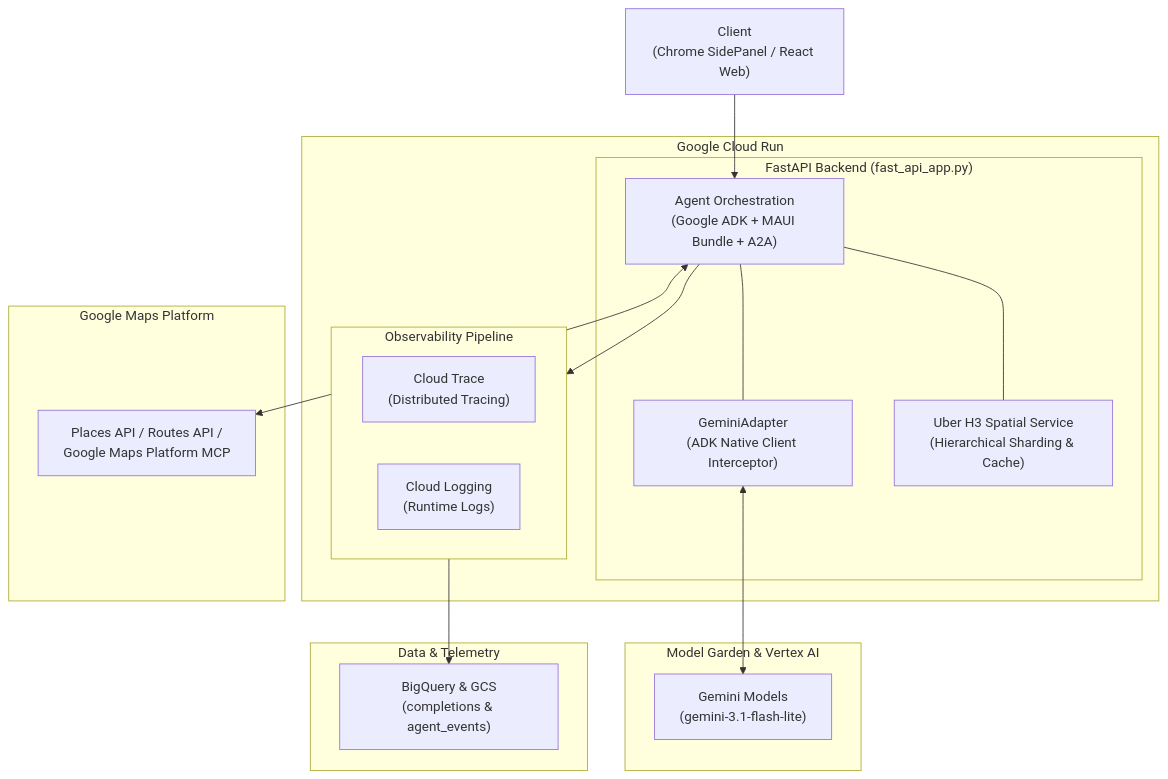
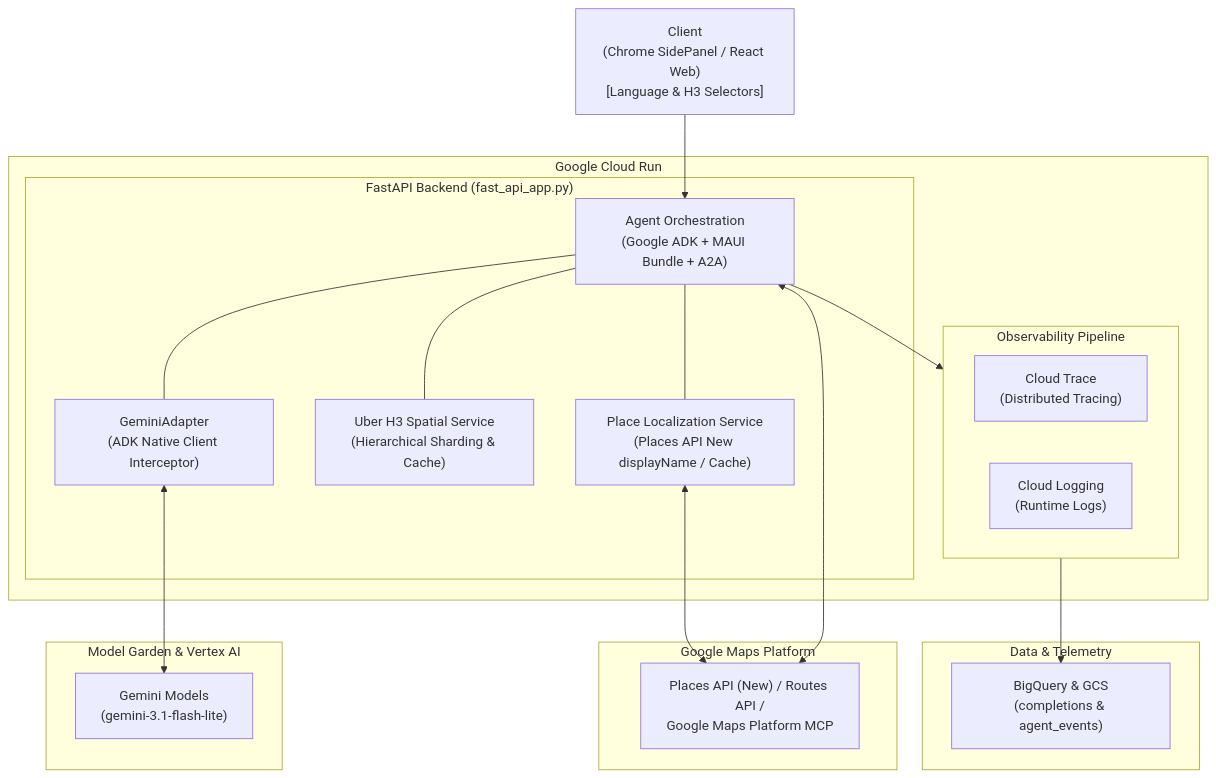
One commit to shogoorg/geo-agent changed the diagram in README.md. Above: the diagram before and after it, drawn with Mermaid. The commit also changed other lines of this file, not shown here.

Commit message:
docs: document multilingual place localization service and architecture in README

````diff
--- a/README.md
+++ b/README.md
@@ -402,37 +422,40 @@
 ```mermaid
 flowchart TB
-    Client["Client\n(Chrome SidePanel / React Web)"]
+    Client["Client\n(Chrome SidePanel / React Web)\n[Language & H3 Selectors]"]
 
     subgraph Deployment ["Google Cloud Run"]
         subgraph FastAPIApp ["FastAPI Backend (fast_api_app.py)"]
             AO["Agent Orchestration\n(Google ADK + MAUI Bundle + A2A)"]
             GA["GeminiAdapter\n(ADK Native Client Interceptor)"]
             H3["Uber H3 Spatial Service\n(Hierarchical Sharding & Cache)"]
+            LOC["Place Localization Service\n(Places API New displayName / Cache)"]
             AO --- GA
             AO --- H3
+            AO --- LOC
         end
         subgraph Observability ["Observability Pipeline"]
             OTEL["Cloud Trace\n(Distributed Tracing)"]
             LOG["Cloud Logging\n(Runtime Logs)"]
         end
     end
 
     subgraph LLMs ["Model Garden & Vertex AI"]
         MG["Gemini Models\n(gemini-3.1-flash-lite)"]
     end
 
     subgraph Data ["Data & Telemetry"]
         DSA["BigQuery & GCS\n(completions & agent_events)"]
     end
 
     subgraph MapsPlatform ["Google Maps Platform"]
-        MAPS["Places API / Routes API /\nGoogle Maps Platform MCP"]
+        MAPS["Places API (New) / Routes API /\nGoogle Maps Platform MCP"]
     end
 
     %% Connections
     Client --> AO
     AO <--> MAPS
+    LOC <--> MAPS
     GA <--> MG
     AO --> Observability
     Observability --> DSA
 ```
````
